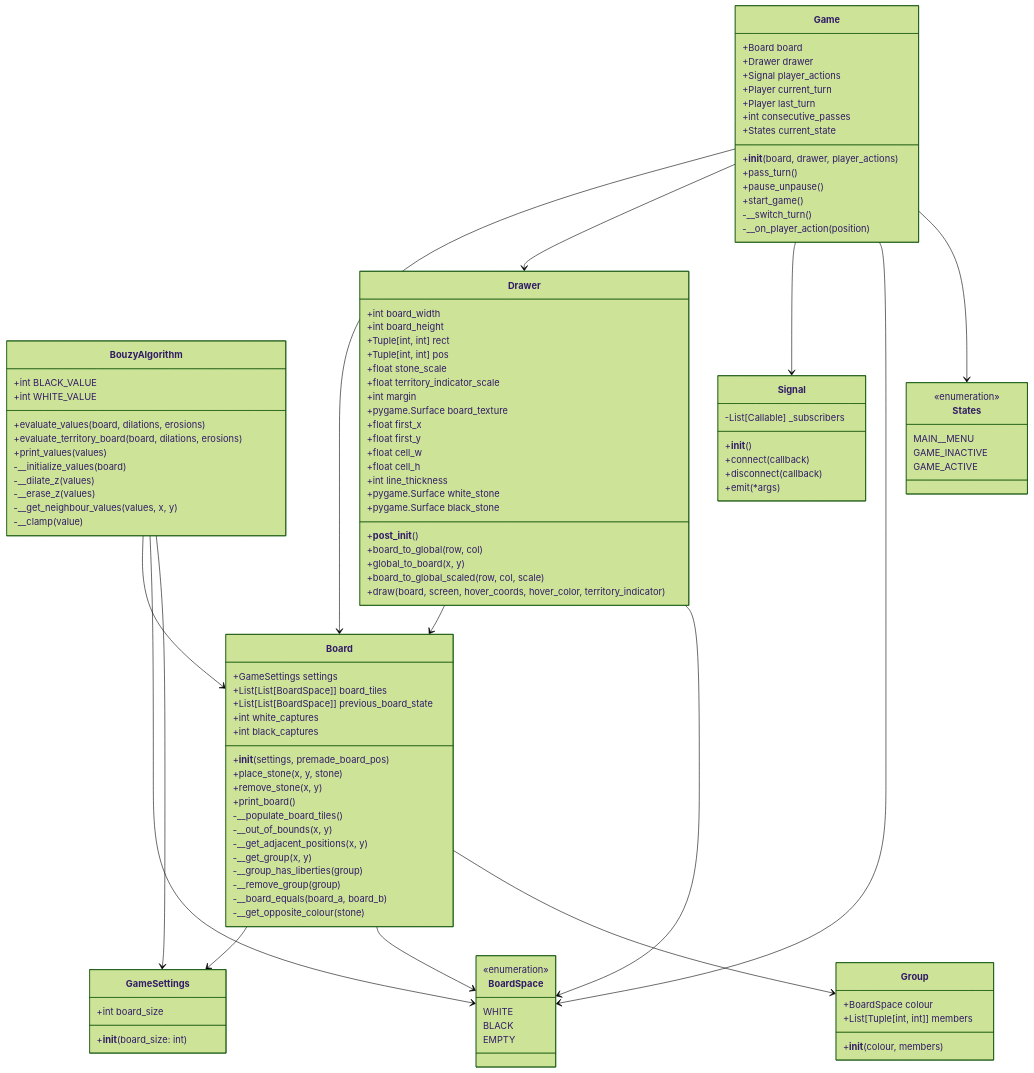
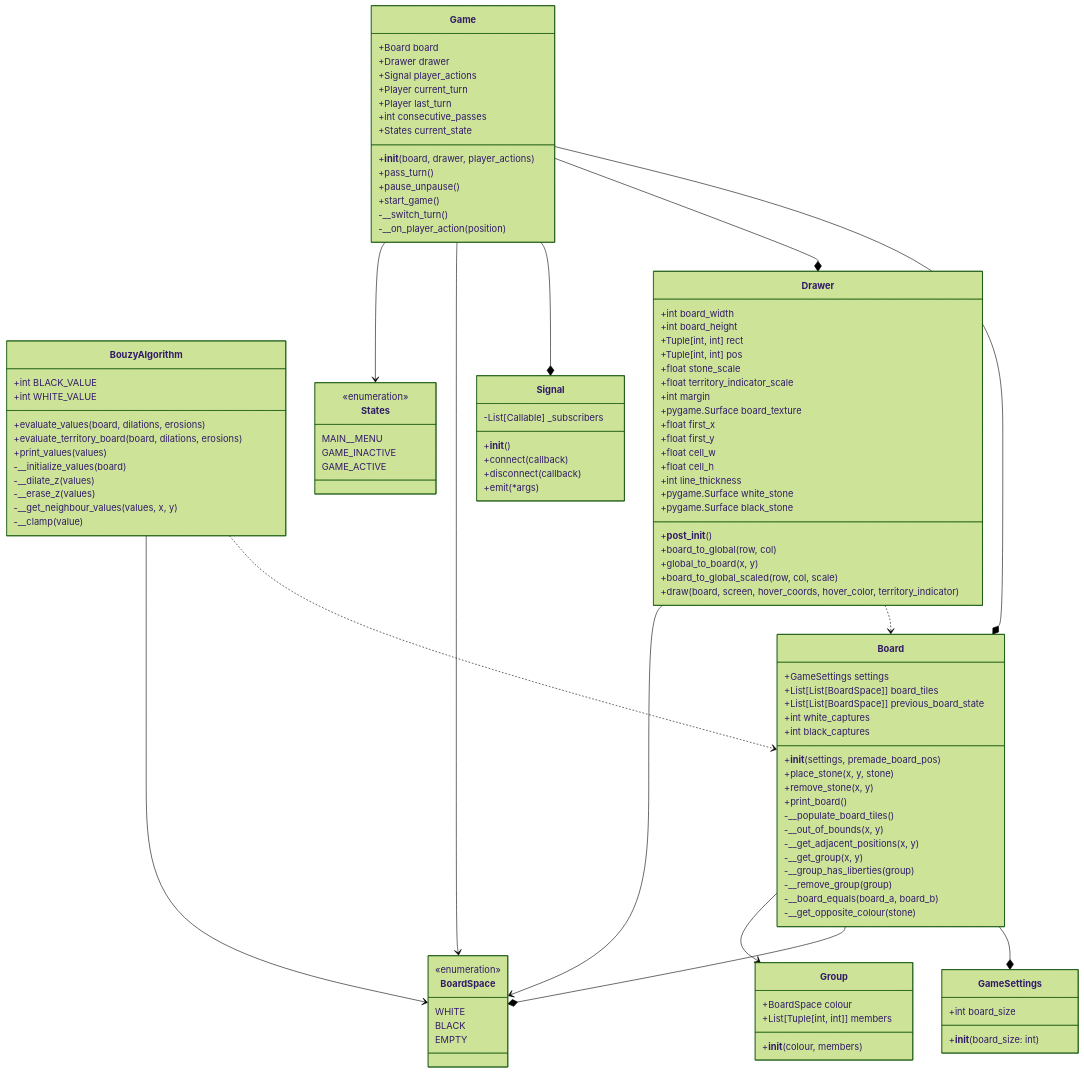
Before and after one commit to Askemanden/ProgrammeringEksamen: the diagram in diagrammer/mermaid/classes.md, drawn with Mermaid (forest theme).

Commit message:
lille ændring i klassediagam

````diff
--- a/diagrammer/mermaid/classes.md
+++ b/diagrammer/mermaid/classes.md
@@ -34,8 +34,8 @@
         -__board_equals(board_a, board_b)
         -__get_opposite_colour(stone)
     }
-    Board --> GameSettings
-    Board --> BoardSpace
+    Board --* GameSettings
+    Board --* BoardSpace
     Board --> Group
     class BouzyAlgorithm {
         +int BLACK_VALUE
@@ -49,9 +49,8 @@
         -__get_neighbour_values(values, x, y)
         -__clamp(value)
     }
-    BouzyAlgorithm --> Board
+    BouzyAlgorithm ..> Board
     BouzyAlgorithm --> BoardSpace
-    BouzyAlgorithm --> GameSettings
     class Signal {
         -List[Callable] _subscribers
         +__init__()
@@ -81,7 +80,7 @@
         +board_to_global_scaled(row, col, scale)
         +draw(board, screen, hover_coords, hover_color, territory_indicator)
     }
-    Drawer --> Board
+    Drawer ..> Board
     Drawer --> BoardSpace
     class States {
         <<enumeration>>
@@ -104,9 +103,9 @@
         -__switch_turn()
         -__on_player_action(position)
     }
-    Game --> Board
-    Game --> Drawer
-    Game --> Signal
+    Game --* Board
+    Game --* Drawer
+    Game --* Signal
     Game --> BoardSpace
     Game --> States
 ```
````
